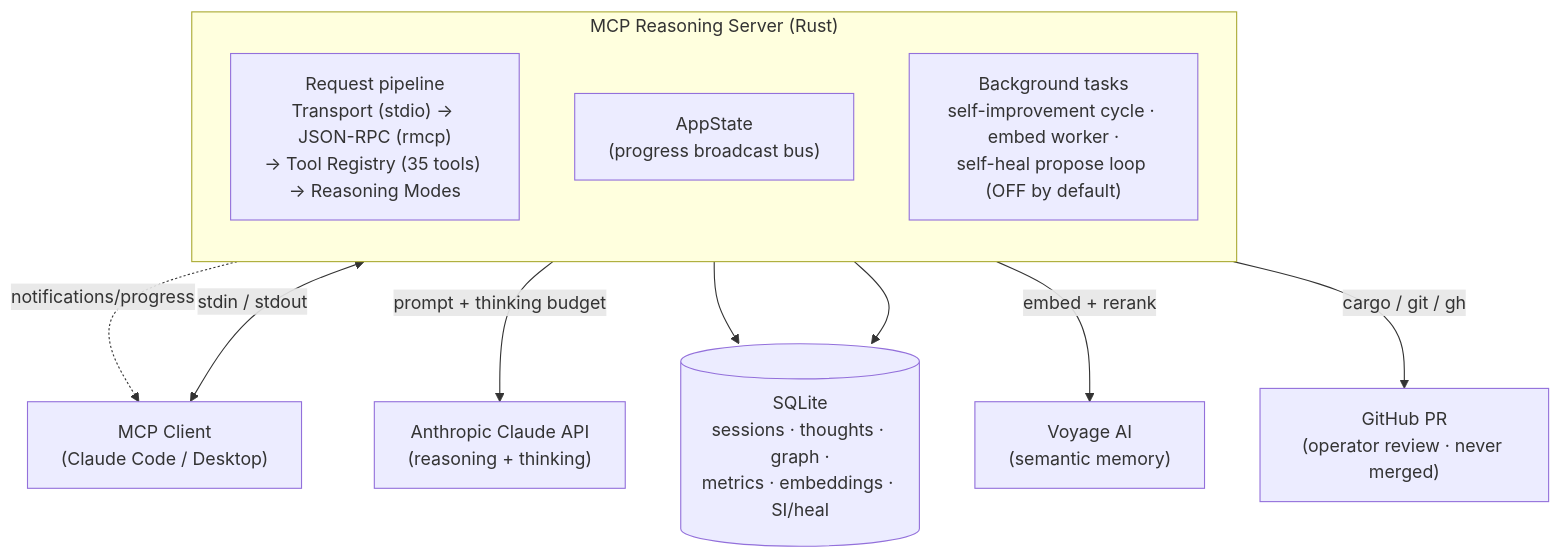
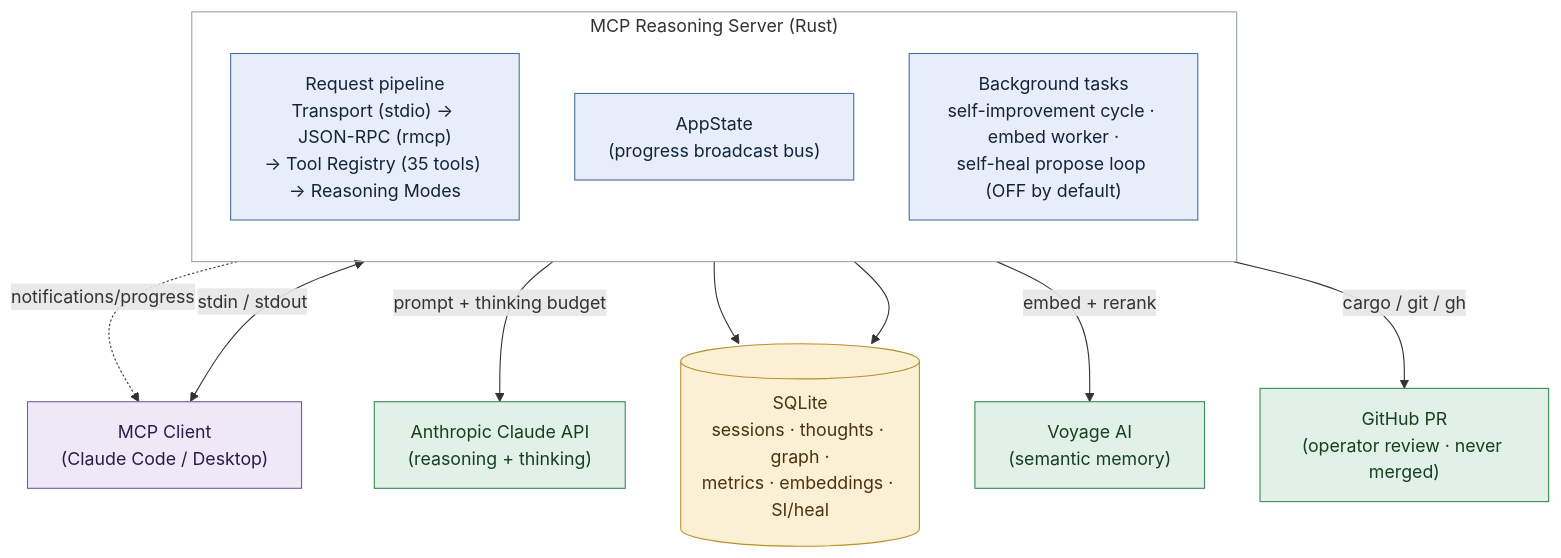
The first of 8 diagrams in docs/reference/END_TO_END_FLOW.md (quanticsoul4772/mcp-reasoning), drawn with Mermaid before and after one commit. The commit also changed other lines of this file, not shown here.

First line of the commit message:
docs(flow): role-based color coding across the flowcharts (#181)

````diff
--- a/docs/reference/END_TO_END_FLOW.md
+++ b/docs/reference/END_TO_END_FLOW.md
@@ -29,20 +29,26 @@
 ```mermaid
 flowchart TB
-    Client["MCP Client<br/>(Claude Code / Desktop)"]
+    Client["MCP Client<br/>(Claude Code / Desktop)"]:::client
 
     subgraph Server["MCP Reasoning Server (Rust)"]
         direction TB
-        Pipeline["Request pipeline<br/>Transport (stdio) → JSON-RPC (rmcp)<br/>→ Tool Registry (35 tools) → Reasoning Modes"]
-        State["AppState<br/>(progress broadcast bus)"]
-        BG["Background tasks<br/>self-improvement cycle · embed worker ·<br/>self-heal propose loop (OFF by default)"]
+        Pipeline["Request pipeline<br/>Transport (stdio) → JSON-RPC (rmcp)<br/>→ Tool Registry (35 tools) → Reasoning Modes"]:::proc
+        State["AppState<br/>(progress broadcast bus)"]:::proc
+        BG["Background tasks<br/>self-improvement cycle · embed worker ·<br/>self-heal propose loop (OFF by default)"]:::proc
     end
 
     Client <-->|"stdin / stdout"| Server
     State -.->|"notifications/progress"| Client
 
-    Pipeline -->|"prompt + thinking budget"| Anthropic["Anthropic Claude API<br/>(reasoning + thinking)"]
-    Pipeline --> SQLite[("SQLite<br/>sessions · thoughts · graph ·<br/>metrics · embeddings · SI/heal")]
-    BG -->|"embed + rerank"| Voyage["Voyage AI<br/>(semantic memory)"]
+    Pipeline -->|"prompt + thinking budget"| Anthropic["Anthropic Claude API<br/>(reasoning + thinking)"]:::ext
+    Pipeline --> SQLite[("SQLite<br/>sessions · thoughts · graph ·<br/>metrics · embeddings · SI/heal")]:::store
+    BG -->|"embed + rerank"| Voyage["Voyage AI<br/>(semantic memory)"]:::ext
     BG --> SQLite
-    BG -->|"cargo / git / gh"| GH["GitHub PR<br/>(operator review · never merged)"]
+    BG -->|"cargo / git / gh"| GH["GitHub PR<br/>(operator review · never merged)"]:::ext
+
+    style Server fill:transparent,stroke:#9aa4b2,stroke-width:1px
+    classDef proc fill:#e8eef9,stroke:#4a6fa5,color:#13243b
+    classDef store fill:#fbf0d4,stroke:#b8902a,color:#4a3410
+    classDef ext fill:#e2f1e8,stroke:#3a8a5a,color:#15401f
+    classDef client fill:#efe9f7,stroke:#7a5aa5,color:#2c1a4a
 ```
````
